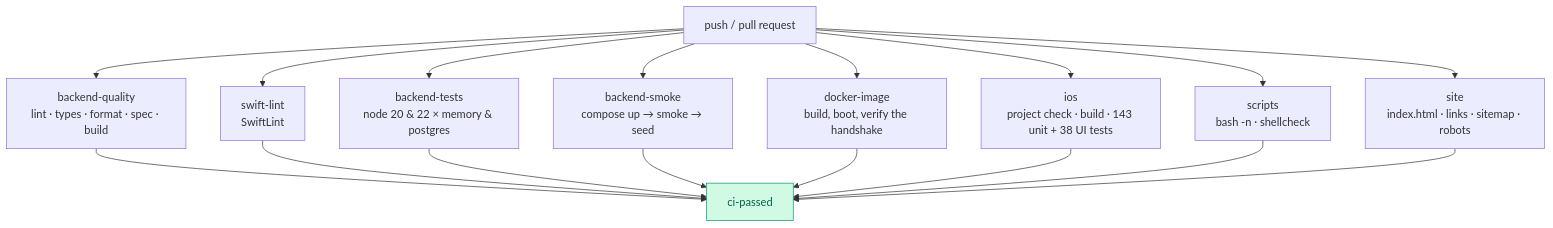
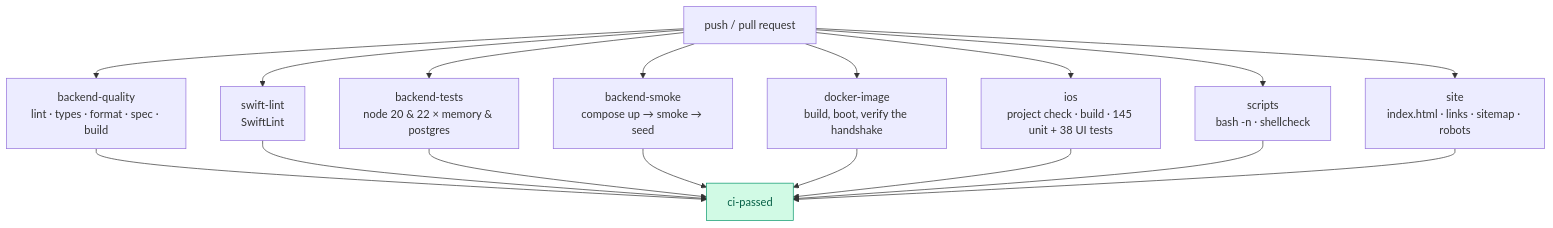
Before and after one commit to hoangsonww/Flappy-Bird-Game: the first of 2 diagrams in docs/CI-CD.md, drawn with Mermaid. The commit also changed 19 other files, not shown here.

````diff
--- a/docs/CI-CD.md
+++ b/docs/CI-CD.md
@@ -14,24 +14,24 @@
 ```mermaid
 flowchart TB
     Push["push / pull request"]
 
     Push --> BQ["backend-quality<br/>lint · types · format · spec · build"]
     Push --> BT["backend-tests<br/>node 20 & 22 × memory & postgres"]
     Push --> BS["backend-smoke<br/>compose up → smoke → seed"]
     Push --> DI["docker-image<br/>build, boot, verify the handshake"]
-    Push --> IOS["ios<br/>project check · build · 143 unit + 38 UI tests"]
+    Push --> IOS["ios<br/>project check · build · 145 unit + 38 UI tests"]
     Push --> SL["swift-lint<br/>SwiftLint"]
     Push --> SC["scripts<br/>bash -n · shellcheck"]
     Push --> ST["site<br/>index.html · links · sitemap · robots"]
 
     BQ --> Gate["ci-passed"]
     SL --> Gate
     BT --> Gate
     BS --> Gate
     DI --> Gate
     IOS --> Gate
     SC --> Gate
     ST --> Gate
 
     style Gate fill:#d1fae5,stroke:#059669,color:#065f46
 ```
````
